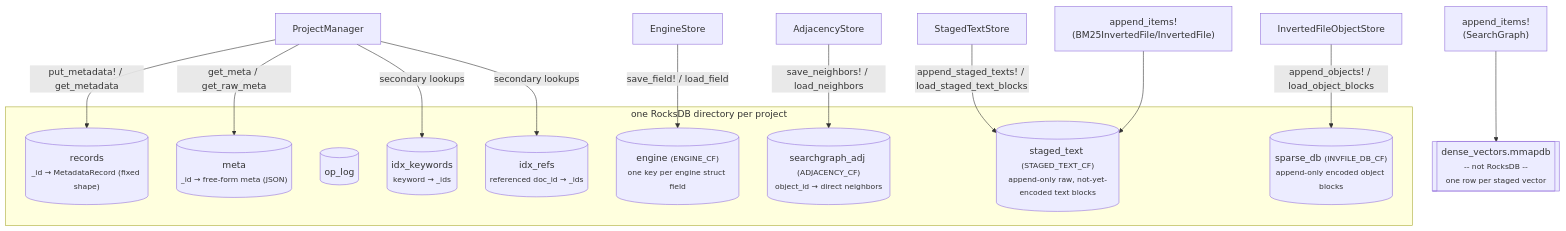
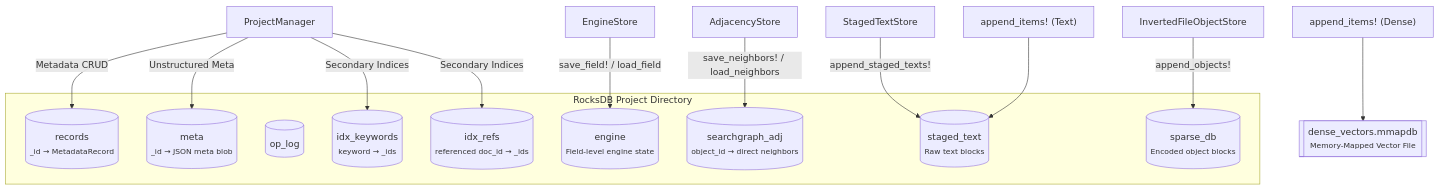
The fifth of 7 diagrams in manual/architecture.qmd (sadit/SimilaritySearchEngine.jl), drawn with Mermaid before and after one commit. The commit also changed other lines of this file and 9 other files, not shown here.

````diff
--- a/manual/architecture.qmd
+++ b/manual/architecture.qmd
@@ -336,26 +219,26 @@
 ```{mermaid}
 flowchart TB
-    subgraph db["one RocksDB directory per project"]
-        records[("records<br/><small>_id → MetadataRecord (fixed shape)</small>")]
-        meta[("meta<br/><small>_id → free-form meta (JSON)</small>")]
+    subgraph db["RocksDB Project Directory"]
+        records[("records<br/><small>_id → MetadataRecord</small>")]
+        meta[("meta<br/><small>_id → JSON meta blob</small>")]
         oplog[("op_log")]
         idxkw[("idx_keywords<br/><small>keyword → _ids</small>")]
         idxrefs[("idx_refs<br/><small>referenced doc_id → _ids</small>")]
-        engine[("engine <small>(ENGINE_CF)</small><br/><small>one key per engine struct field</small>")]
-        adj[("searchgraph_adj <small>(ADJACENCY_CF)</small><br/><small>object_id → direct neighbors</small>")]
-        stagedtext[("staged_text <small>(STAGED_TEXT_CF)</small><br/><small>append-only raw, not-yet-encoded text blocks</small>")]
-        sparsedb[("sparse_db <small>(INVFILE_DB_CF)</small><br/><small>append-only encoded object blocks</small>")]
+        engine[("engine<br/><small>Field-level engine state</small>")]
+        adj[("searchgraph_adj<br/><small>object_id → direct neighbors</small>")]
+        stagedtext[("staged_text<br/><small>Raw text blocks</small>")]
+        sparsedb[("sparse_db<br/><small>Encoded object blocks</small>")]
     end
-    mmapfile[["dense_vectors.mmapdb<br/><small>-- not RocksDB --<br/>one row per staged vector</small>"]]
+    mmapfile[["dense_vectors.mmapdb<br/><small>Memory-Mapped Vector File</small>"]]
 
-    ProjectManager -- "put_metadata! / get_metadata" --> records
-    ProjectManager -- "get_meta / get_raw_meta" --> meta
-    ProjectManager -- "secondary lookups" --> idxkw
-    ProjectManager -- "secondary lookups" --> idxrefs
+    ProjectManager -- "Metadata CRUD" --> records
+    ProjectManager -- "Unstructured Meta" --> meta
+    ProjectManager -- "Secondary Indices" --> idxkw
+    ProjectManager -- "Secondary Indices" --> idxrefs
     EngineStore -- "save_field! / load_field" --> engine
     AdjacencyStore -- "save_neighbors! / load_neighbors" --> adj
-    StagedTextStore -- "append_staged_texts! / load_staged_text_blocks" --> stagedtext
-    InvertedFileObjectStore -- "append_objects! / load_object_blocks" --> sparsedb
-    append_items_dense["append_items!<br/>(SearchGraph)"] --> mmapfile
-    append_items_text["append_items!<br/>(BM25InvertedFile/InvertedFile)"] --> stagedtext
+    StagedTextStore -- "append_staged_texts!" --> stagedtext
+    InvertedFileObjectStore -- "append_objects!" --> sparsedb
+    append_dense["append_items! (Dense)"] --> mmapfile
+    append_text["append_items! (Text)"] --> stagedtext
 ```
````
